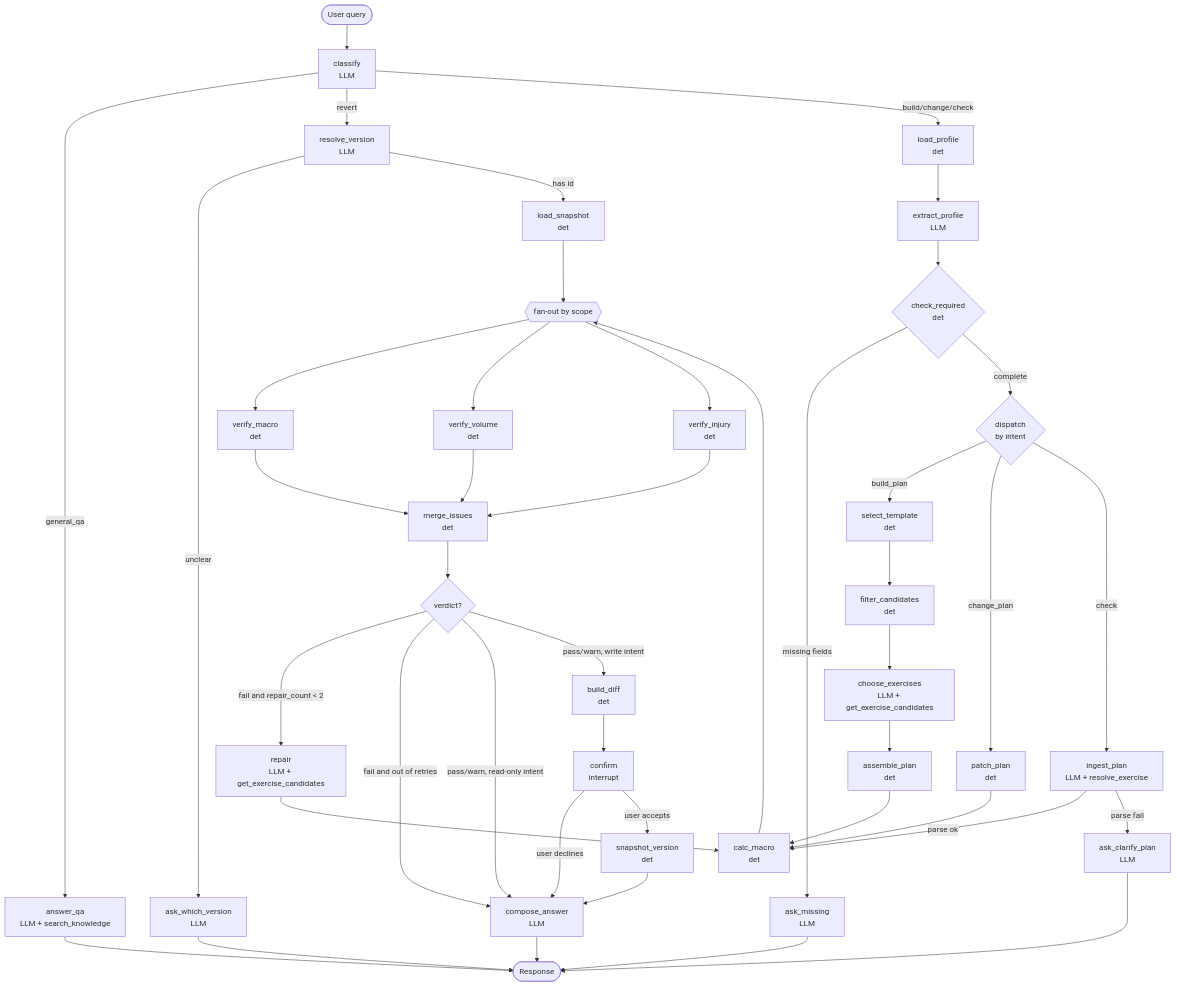
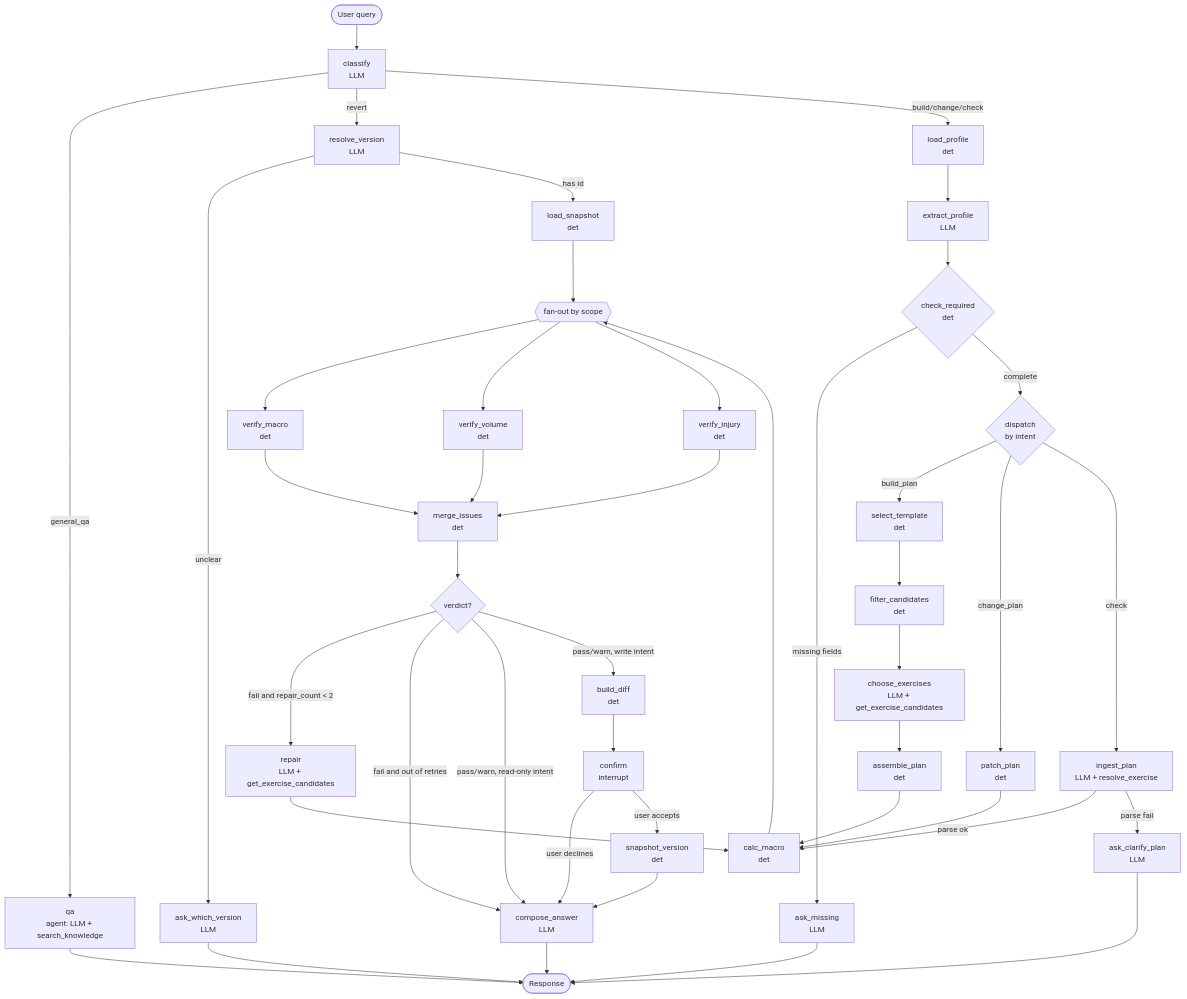
Before and after one commit to hoanhoang-agilityio/Assistant-Learning: the first of 7 diagrams in docs/workflow.md, drawn with Mermaid. The commit also changed other lines of this file and 2 other files, not shown here.

Commit message:
docs: document QA agent middleware and turn-state reset rules

````diff
--- a/docs/workflow.md
+++ b/docs/workflow.md
@@ -189,57 +212,57 @@
 ```mermaid
 flowchart TD
     START([User query]) --> CLS["classify<br/>LLM"]
 
-    CLS -->|general_qa| QA["answer_qa<br/>LLM + search_knowledge"]
+    CLS -->|general_qa| QA["qa<br/>agent: LLM + search_knowledge"]
     CLS -->|revert| RESV["resolve_version<br/>LLM"]
     CLS -->|build/change/check| LOADP["load_profile<br/>det"]
 
     QA --> OUT
 
     RESV -->|unclear| ASKV["ask_which_version<br/>LLM"]
     RESV -->|has id| LOADS["load_snapshot<br/>det"]
     ASKV --> OUT
     LOADS --> GATE
 
     LOADP --> EXTP["extract_profile<br/>LLM"]
     EXTP --> CHKR{"check_required<br/>det"}
     CHKR -->|missing fields| ASKM["ask_missing<br/>LLM"]
     ASKM --> OUT
     CHKR -->|complete| DISPATCH{"dispatch<br/>by intent"}
 
     DISPATCH -->|build_plan| SELT["select_template<br/>det"]
     DISPATCH -->|change_plan| PATCH["patch_plan<br/>det"]
     DISPATCH -->|check| ING["ingest_plan<br/>LLM + resolve_exercise"]
 
     SELT --> FILT["filter_candidates<br/>det"]
     FILT --> CHOOSE["choose_exercises<br/>LLM + get_exercise_candidates"]
     CHOOSE --> ASM["assemble_plan<br/>det"]
 
     ASM --> CALC
     PATCH --> CALC
     ING -->|parse ok| CALC["calc_macro<br/>det"]
     ING -->|parse fail| ASKP["ask_clarify_plan<br/>LLM"]
     ASKP --> OUT
 
     CALC --> GATE{{"fan-out by scope"}}
     GATE --> VM["verify_macro<br/>det"]
     GATE --> VV["verify_volume<br/>det"]
     GATE --> VI["verify_injury<br/>det"]
 
     VM --> MRG["merge_issues<br/>det"]
     VV --> MRG
     VI --> MRG
 
     MRG --> VERD{"verdict?"}
     VERD -->|fail and repair_count < 2| REP["repair<br/>LLM + get_exercise_candidates"]
     REP --> CALC
     VERD -->|fail and out of retries| CMP
     VERD -->|pass/warn, read-only intent| CMP
     VERD -->|pass/warn, write intent| DIFF["build_diff<br/>det"]
 
     DIFF --> CONF["confirm<br/>interrupt"]
     CONF -->|user declines| CMP
     CONF -->|user accepts| SNAP["snapshot_version<br/>det"]
     SNAP --> CMP["compose_answer<br/>LLM"]
     CMP --> OUT([Response])
 ```
````
